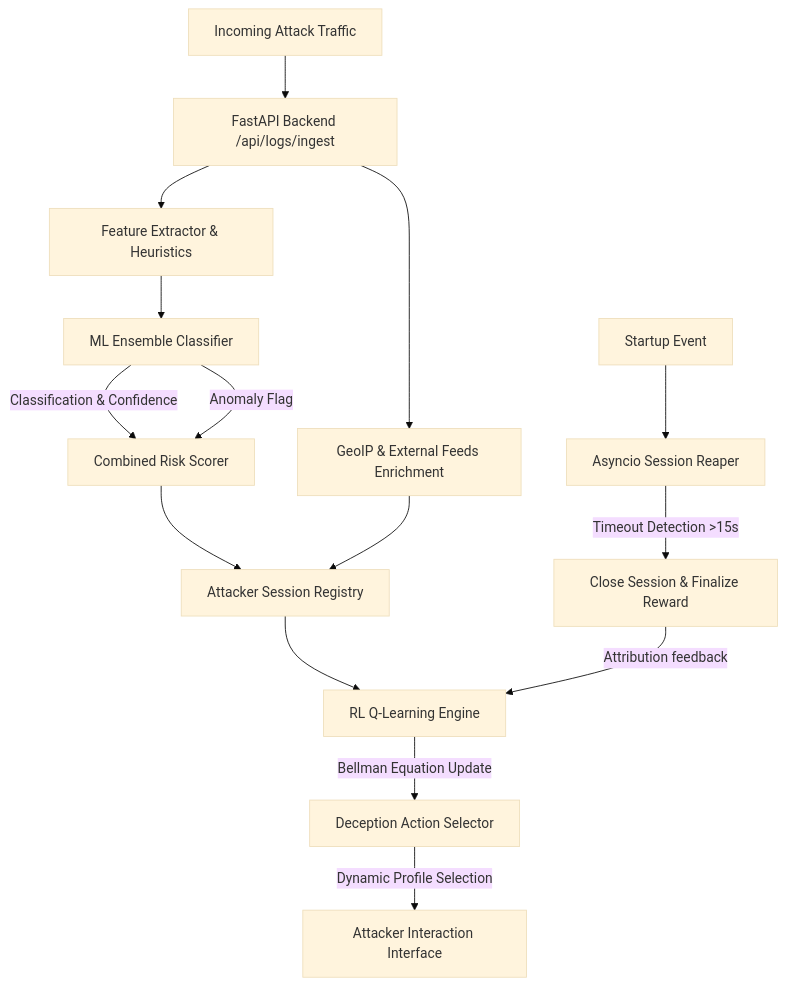
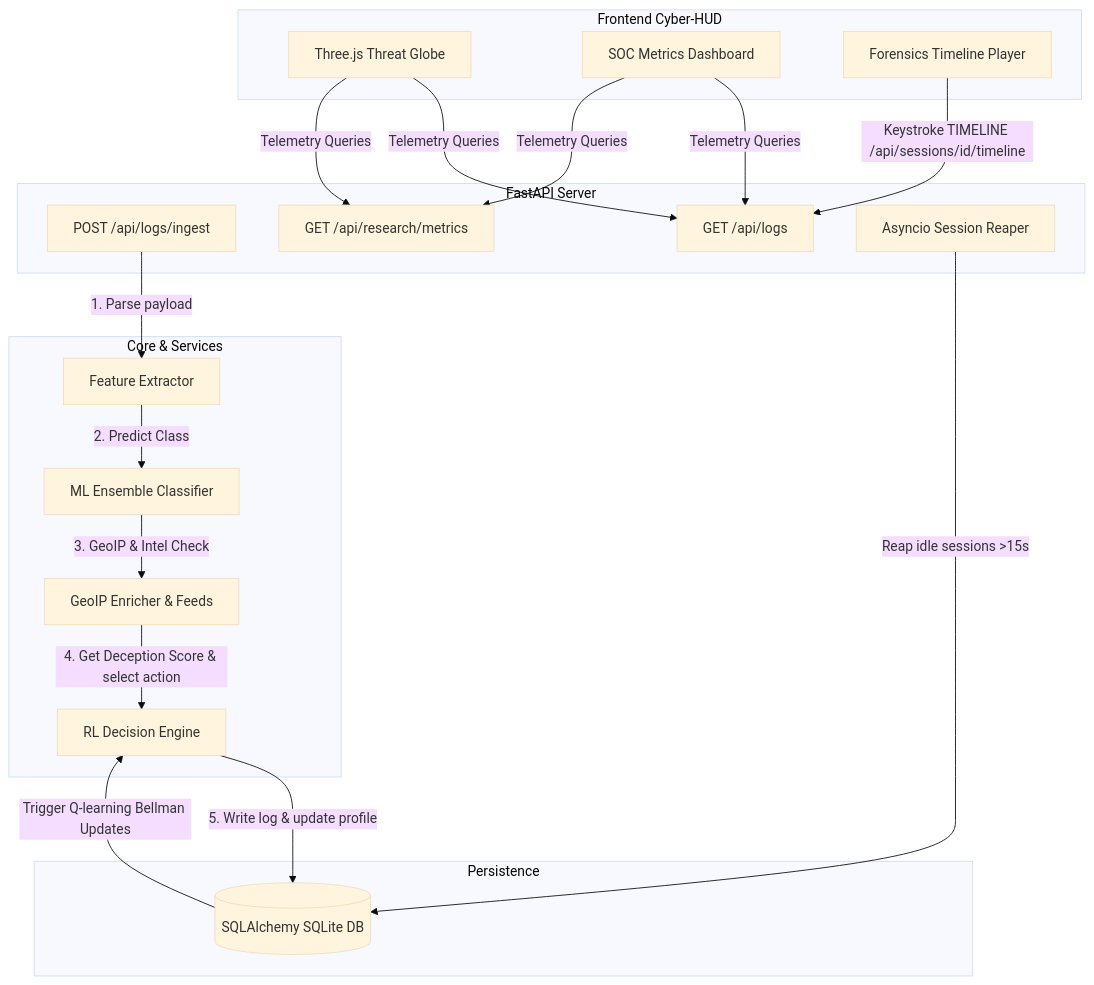
The first of 2 diagrams in README.md (nayefsiddique-eng/Adaptive-Honeypot), drawn with Mermaid (base theme) before and after one commit. The commit also changed other lines of this file, not shown here.

Commit message:
Update README with audited architecture, API routes, and ML metrics

````diff
--- a/README.md
+++ b/README.md
@@ -11,17 +75,38 @@
 ```mermaid
-graph TD
-    A[Incoming Attack Traffic] --> B[FastAPI Backend /api/logs/ingest]
-    B --> C[Feature Extractor & Heuristics]
-    C --> D[ML Ensemble Classifier]
-    D -->|Classification & Confidence| E[Combined Risk Scorer]
-    D -->|Anomaly Flag| E
-    B --> F[GeoIP & External Feeds Enrichment]
-    E --> G[Attacker Session Registry]
-    F --> G
-    G --> H[RL Q-Learning Engine]
-    H -->|Bellman Equation Update| I[Deception Action Selector]
-    I -->|Dynamic Profile Selection| J[Attacker Interaction Interface]
-    K[Startup Event] --> L[Asyncio Session Reaper]
-    L -->|Timeout Detection >15s| M[Close Session & Finalize Reward]
-    M -->|Attribution feedback| H
+flowchart TD
+    subgraph Client Layer [Frontend Cyber-HUD]
+        CL1[Three.js Threat Globe]
+        CL2[SOC Metrics Dashboard]
+        CL3[Forensics Timeline Player]
+    end
+
+    subgraph API Ingestion [FastAPI Server]
+        R1[POST /api/logs/ingest]
+        R2[GET /api/logs]
+        R3[GET /api/research/metrics]
+        R4[Asyncio Session Reaper]
+    end
+
+    subgraph Processing Pipeline [Core & Services]
+        P1[Feature Extractor]
+        P2[ML Ensemble Classifier]
+        P3[GeoIP Enricher & Feeds]
+        P4[RL Decision Engine]
+    end
+
+    subgraph Data Layer [Persistence]
+        DB[(SQLAlchemy SQLite DB)]
+    end
+
+    CL1 & CL2 -->|Telemetry Queries| R2 & R3
+    CL3 -->|Keystroke TIMELINE /api/sessions/id/timeline| R2
+    
+    R1 -->|1. Parse payload| P1
+    P1 -->|2. Predict Class| P2
+    P2 -->|3. GeoIP & Intel Check| P3
+    P3 -->|4. Get Deception Score & select action| P4
+    P4 -->|5. Write log & update profile| DB
+    
+    R4 -->|Reap idle sessions >15s| DB
+    DB -->|Trigger Q-learning Bellman Updates| P4
 ```
````
